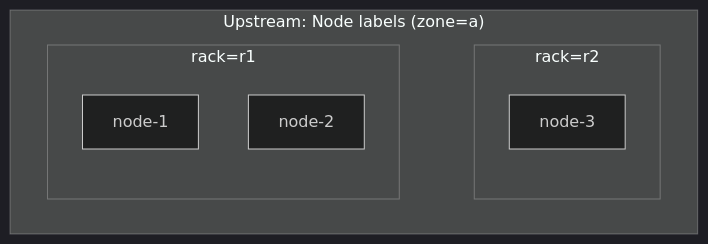
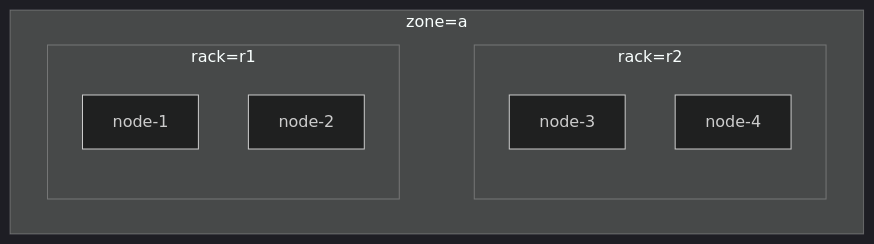
Before and after one commit to JesseStutler/volcano: the sixth of 13 diagrams in docs/research/k8s-workload-aware-scheduling-vs-volcano.md, drawn with Mermaid (dark theme). The commit also changed other lines of this file and 1 other file, not shown here.

````diff
--- a/docs/research/k8s-workload-aware-scheduling-vs-volcano.md
+++ b/docs/research/k8s-workload-aware-scheduling-vs-volcano.md
@@ -274,14 +330,15 @@
 ```mermaid
 flowchart LR
-    subgraph Z["Upstream: Node labels (zone=a)"]
+    subgraph Z["zone=a"]
         direction LR
         subgraph R1["rack=r1"]
             UN1["node-1"]
             UN2["node-2"]
         end
         subgraph R2["rack=r2"]
             UN3["node-3"]
+            UN4["node-4"]
         end
     end
     R1 ~~~ R2
 ```
````
